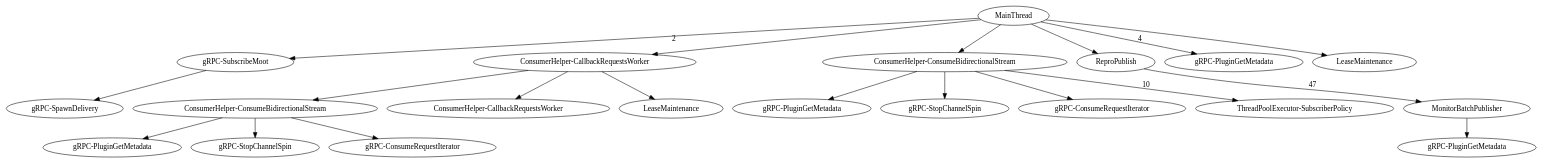
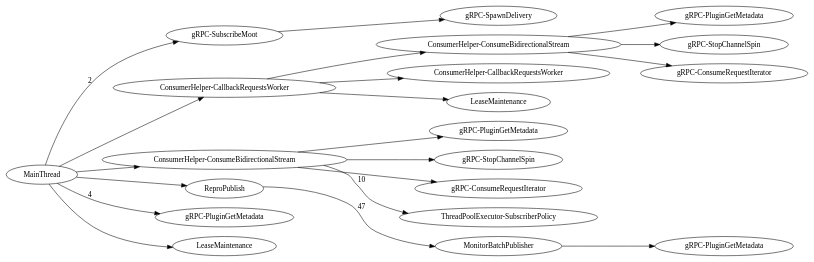
Before and after one commit to dhermes/google-cloud-pubsub-performance: the diagram in flow-control/0.29.2.dot, drawn with Graphviz. The commit also changed 20 other files, not shown here.

Commit message:
Making SVG / dot graphs left to right.

```diff
--- a/flow-control/0.29.2.dot
+++ b/flow-control/0.29.2.dot
@@ -1,96 +1,97 @@
 digraph G {
+rankdir=LR;
 subgraph  {
 subgraph  {
 }
 
 "Thread-gRPC-SubscribeMoot" -> "Thread-gRPC-SpawnDelivery";
 }
 
 subgraph  {
 }
 
 subgraph  {
 subgraph  {
 }
 
 subgraph  {
 subgraph  {
 }
 
 subgraph  {
 }
 
 subgraph  {
 }
 
 "Thread-ConsumerHelper-ConsumeBidirectionalStream+" -> "Thread-gRPC-PluginGetMetadata+++++++++";
 "Thread-ConsumerHelper-ConsumeBidirectionalStream+" -> "Thread-gRPC-StopChannelSpin+";
 "Thread-ConsumerHelper-ConsumeBidirectionalStream+" -> "Thread-gRPC-ConsumeRequestIterator+";
 }
 
 subgraph  {
 }
 
 "Thread-ConsumerHelper-CallbackRequestsWorker" -> "Thread-ConsumerHelper-CallbackRequestsWorker+";
 "Thread-ConsumerHelper-CallbackRequestsWorker" -> "Thread-ConsumerHelper-ConsumeBidirectionalStream+";
 "Thread-ConsumerHelper-CallbackRequestsWorker" -> "Thread-LeaseMaintenance+";
 }
 
 subgraph  {
 subgraph  {
 }
 
 subgraph  {
 }
 
 subgraph  {
 }
 
 subgraph  {
 }
 
 "Thread-ConsumerHelper-ConsumeBidirectionalStream" -> "Thread-gRPC-PluginGetMetadata++";
 "Thread-ConsumerHelper-ConsumeBidirectionalStream" -> "Thread-gRPC-StopChannelSpin";
 "Thread-ConsumerHelper-ConsumeBidirectionalStream" -> "Thread-gRPC-ConsumeRequestIterator";
 "Thread-ConsumerHelper-ConsumeBidirectionalStream" -> "ThreadPoolExecutor-SubscriberPolicy"  [label=10];
 }
 
 subgraph  {
 }
 
 subgraph  {
 subgraph  {
 subgraph  {
 }
 
 "Thread-MonitorBatchPublisher" -> "Thread-gRPC-PluginGetMetadata+++";
 }
 
 "Thread-ReproPublish" -> "Thread-MonitorBatchPublisher"  [label=47];
 }
 
 MainThread -> "Thread-gRPC-SubscribeMoot"  [label=2];
 MainThread -> "Thread-gRPC-PluginGetMetadata"  [label=4];
 MainThread -> "Thread-ConsumerHelper-CallbackRequestsWorker";
 MainThread -> "Thread-ConsumerHelper-ConsumeBidirectionalStream";
 MainThread -> "Thread-LeaseMaintenance";
 MainThread -> "Thread-ReproPublish";
-"Thread-ConsumerHelper-ConsumeBidirectionalStream" [label="ConsumerHelper-ConsumeBidirectionalStream"];
-"Thread-gRPC-PluginGetMetadata" [label="gRPC-PluginGetMetadata"];
-"Thread-gRPC-ConsumeRequestIterator" [label="gRPC-ConsumeRequestIterator"];
+"Thread-gRPC-SubscribeMoot" [label="gRPC-SubscribeMoot"];
 "Thread-ConsumerHelper-CallbackRequestsWorker+" [label="ConsumerHelper-CallbackRequestsWorker"];
-"Thread-MonitorBatchPublisher" [label=MonitorBatchPublisher];
+"Thread-gRPC-PluginGetMetadata+++++++++" [label="gRPC-PluginGetMetadata"];
 "Thread-gRPC-PluginGetMetadata+++" [label="gRPC-PluginGetMetadata"];
-"Thread-ReproPublish" [label=ReproPublish];
-"Thread-gRPC-PluginGetMetadata+++++++++" [label="gRPC-PluginGetMetadata"];
 "Thread-gRPC-SpawnDelivery" [label="gRPC-SpawnDelivery"];
 "Thread-gRPC-ConsumeRequestIterator+" [label="gRPC-ConsumeRequestIterator"];
-"Thread-gRPC-StopChannelSpin+" [label="gRPC-StopChannelSpin"];
+"Thread-LeaseMaintenance" [label=LeaseMaintenance];
+"Thread-MonitorBatchPublisher" [label=MonitorBatchPublisher];
+"Thread-gRPC-PluginGetMetadata++" [label="gRPC-PluginGetMetadata"];
+"Thread-ReproPublish" [label=ReproPublish];
+"Thread-LeaseMaintenance+" [label=LeaseMaintenance];
 "Thread-gRPC-StopChannelSpin" [label="gRPC-StopChannelSpin"];
 "Thread-ConsumerHelper-CallbackRequestsWorker" [label="ConsumerHelper-CallbackRequestsWorker"];
-"Thread-LeaseMaintenance" [label=LeaseMaintenance];
-"Thread-gRPC-SubscribeMoot" [label="gRPC-SubscribeMoot"];
-"Thread-LeaseMaintenance+" [label=LeaseMaintenance];
+"Thread-gRPC-PluginGetMetadata" [label="gRPC-PluginGetMetadata"];
 "Thread-ConsumerHelper-ConsumeBidirectionalStream+" [label="ConsumerHelper-ConsumeBidirectionalStream"];
-"Thread-gRPC-PluginGetMetadata++" [label="gRPC-PluginGetMetadata"];
+"Thread-gRPC-ConsumeRequestIterator" [label="gRPC-ConsumeRequestIterator"];
+"Thread-ConsumerHelper-ConsumeBidirectionalStream" [label="ConsumerHelper-ConsumeBidirectionalStream"];
+"Thread-gRPC-StopChannelSpin+" [label="gRPC-StopChannelSpin"];
 }
```
